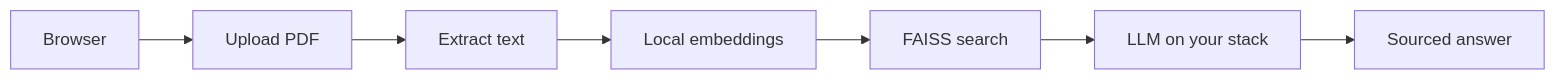
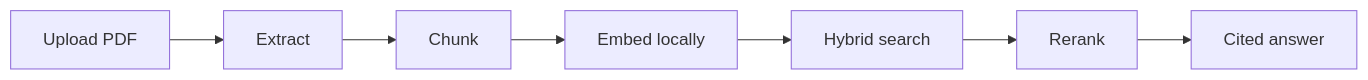
The diagram in README.md (RoxanaTapia/ai-doc-to-chat-pipeline), drawn with Mermaid before and after one commit. The commit also changed other lines of this file and 3 other files, not shown here.

````diff
--- a/README.md
+++ b/README.md
@@ -30,9 +23,9 @@
 ```mermaid
 flowchart LR
-  A[Browser] --> B[Upload PDF]
-  B --> C[Extract text]
-  C --> D[Local embeddings]
-  D --> E[FAISS search]
-  E --> F[LLM on your stack]
-  F --> G[Sourced answer]
+  A[Upload PDF] --> B[Extract]
+  B --> C[Chunk]
+  C --> D[Embed locally]
+  D --> E[Hybrid search]
+  E --> F[Rerank]
+  F --> G[Cited answer]
 ```
````
